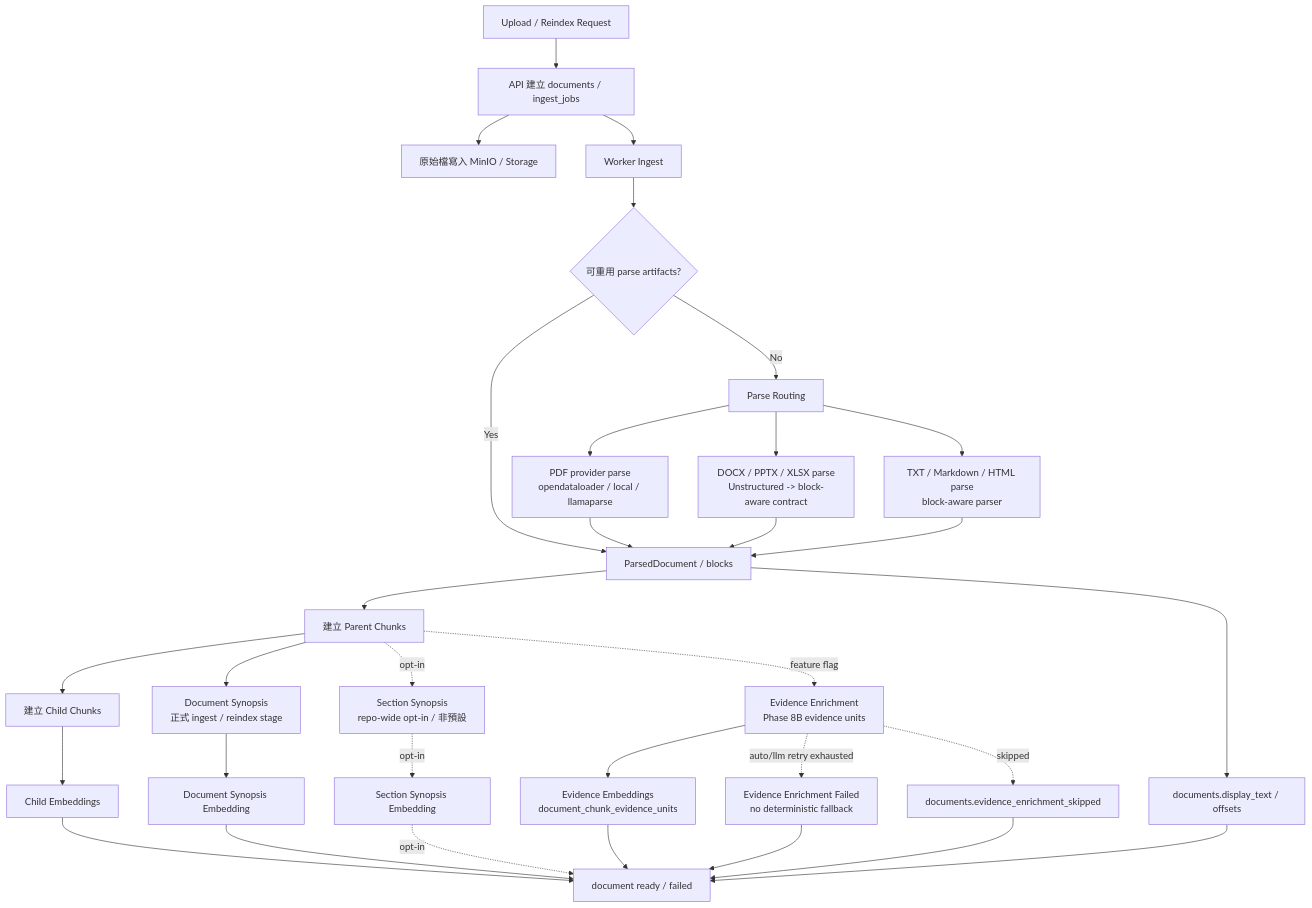
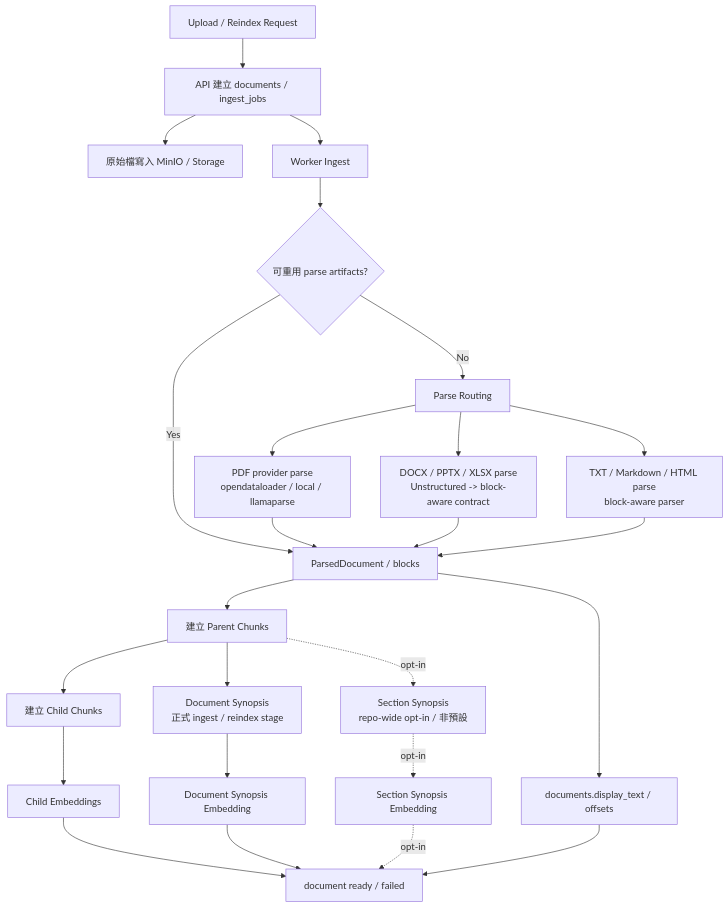
Before and after one commit to jASTARSEVEN/deep-agent-rag-stack: the first of 2 diagrams in ARCHITECTURE.md, drawn with Mermaid. The commit also changed other lines of this file and 29 other files, not shown here.

Commit message:
Completely remove evidence units feature

````diff
--- a/ARCHITECTURE.md
+++ b/ARCHITECTURE.md
@@ -95,41 +95,34 @@
 ```mermaid
 flowchart TD
     U["Upload / Reindex Request"] --> API["API 建立 documents / ingest_jobs"]
     API --> OBJ["原始檔寫入 MinIO / Storage"]
     API --> W["Worker Ingest"]
 
     W --> PA{"可重用 parse artifacts?"}
     PA -->|Yes| PD["重建 ParsedDocument"]
     PA -->|No| PR["Parse Routing"]
 
     PR --> PDF["PDF provider parse<br/>opendataloader / local / llamaparse"]
     PR --> OFFICE["DOCX / PPTX / XLSX parse<br/>Unstructured -> block-aware contract"]
     PR --> TEXT["TXT / Markdown / HTML parse<br/>block-aware parser"]
 
     PDF --> PD
     OFFICE --> PD
     TEXT --> PD
 
     PD["ParsedDocument / blocks"] --> PC["建立 Parent Chunks"]
     PC --> CC["建立 Child Chunks"]
     PC --> DS["Document Synopsis<br/>正式 ingest / reindex stage"]
     PC -. opt-in .-> SS["Section Synopsis<br/>repo-wide opt-in / 非預設"]
-    PC -. feature flag .-> EU["Evidence Enrichment<br/>Phase 8B evidence units"]
-    EU -. auto/llm retry exhausted .-> EFAIL["Evidence Enrichment Failed<br/>no deterministic fallback"]
 
     CC --> CE["Child Embeddings"]
     DS --> DE["Document Synopsis Embedding"]
     SS -. opt-in .-> SE["Section Synopsis Embedding"]
-    EU --> EE["Evidence Embeddings<br/>document_chunk_evidence_units"]
-    EU -. skipped .-> ESKIP["documents.evidence_enrichment_skipped"]
 
     PD --> DT["documents.display_text / offsets"]
 
     CE --> READY["document ready / failed"]
     DE --> READY
     SE -. opt-in .-> READY
-    EE --> READY
-    EFAIL --> READY
-    ESKIP --> READY
     DT --> READY
 ```
````
